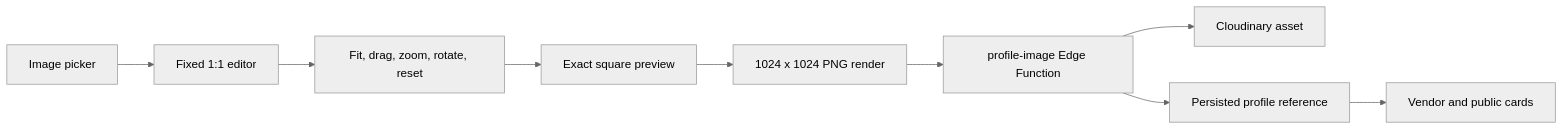
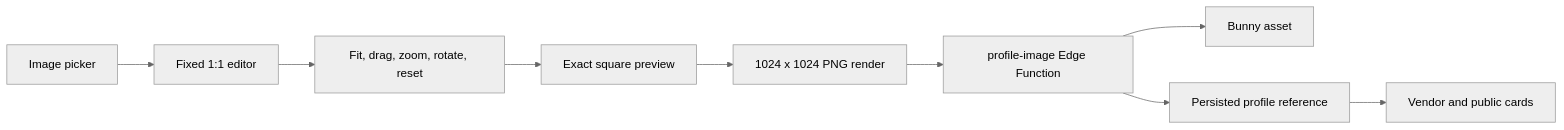
The fifth of 6 diagrams in docs/ARCHITECTURE.md (RoyalLagn/ROYAL-2.0), drawn with Mermaid (neutral theme) before and after one commit. The commit also changed other lines of this file and 72 other files, not shown here.

Commit message:
Remove Cloudinary and complete Bunny migration

````diff
--- a/docs/ARCHITECTURE.md
+++ b/docs/ARCHITECTURE.md
@@ -207,11 +207,11 @@
 ```mermaid
 flowchart LR
     Pick[Image picker] --> Editor[Fixed 1:1 editor]
     Editor --> Transform[Fit, drag, zoom, rotate, reset]
     Transform --> Preview[Exact square preview]
     Preview --> Render[1024 x 1024 PNG render]
     Render --> Function[profile-image Edge Function]
-    Function --> Cloudinary[Cloudinary asset]
+    Function --> Bunny[Bunny asset]
     Function --> DB[Persisted profile reference]
     DB --> Cards[Vendor and public cards]
 ```
````
